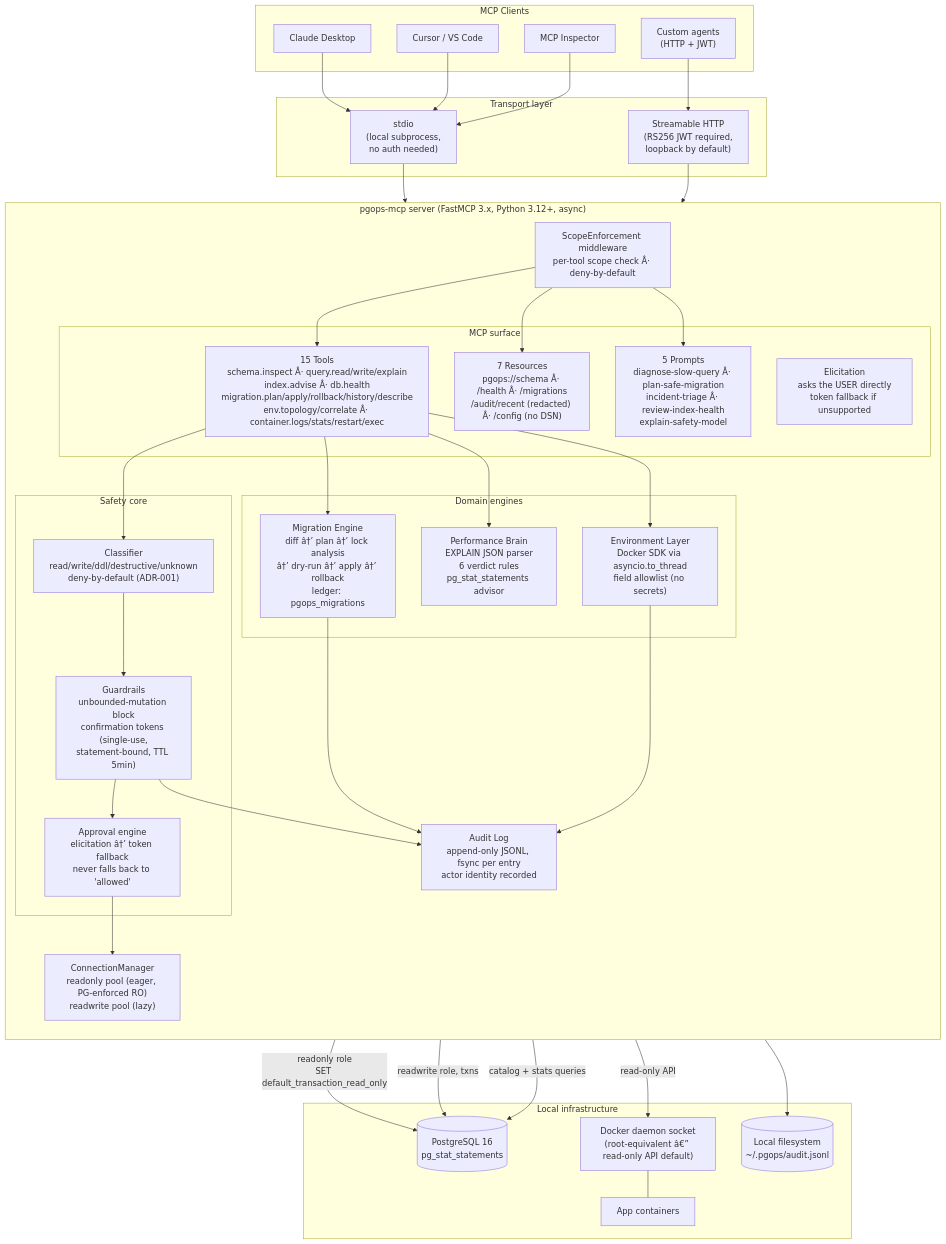
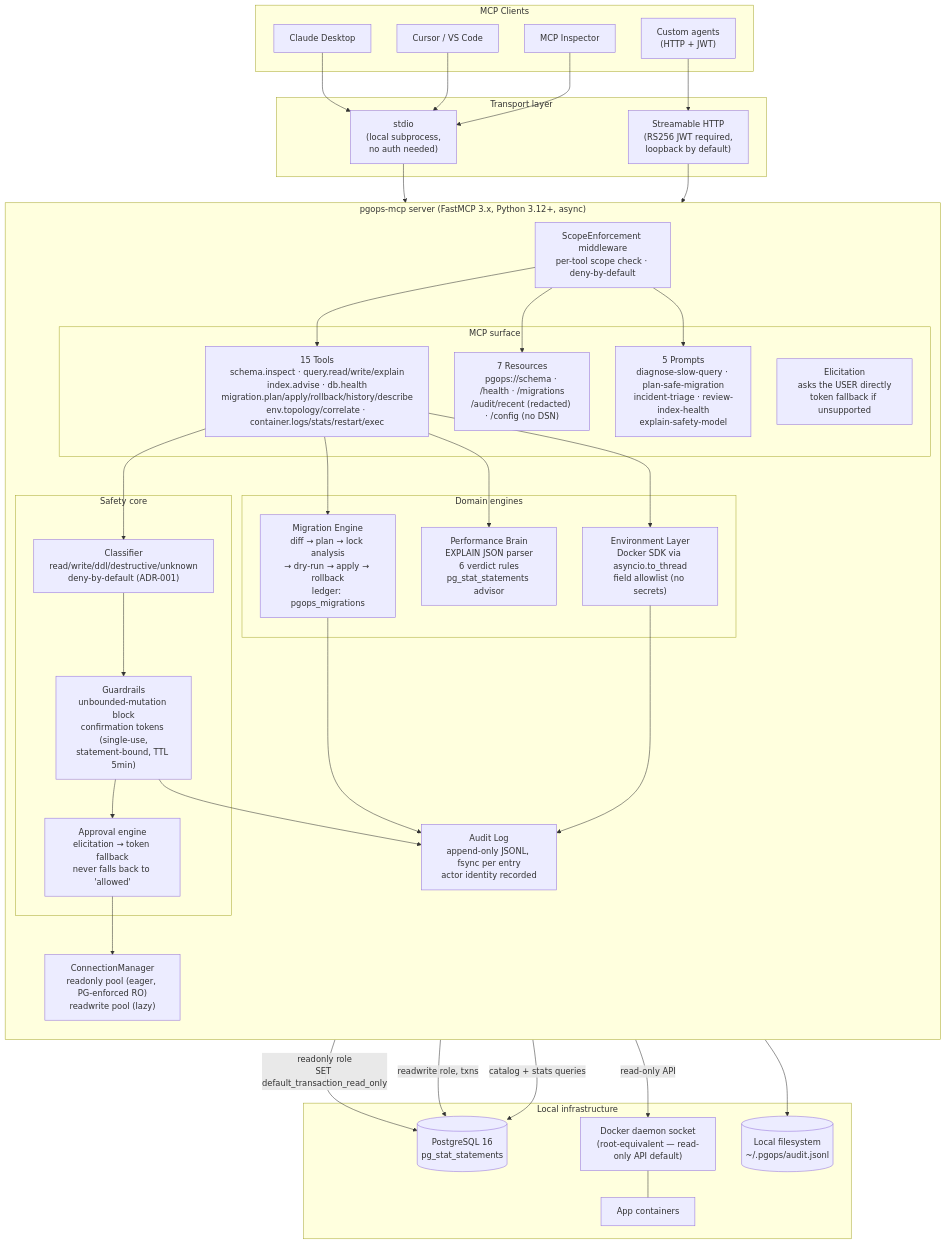
The first of 4 diagrams in internal/SYSTEM_DESIGN.md (arzharch/pgops-mcp), drawn with Mermaid before and after one commit. The commit also changed other lines of this file and 6 other files, not shown here.

````diff
--- a/internal/SYSTEM_DESIGN.md
+++ b/internal/SYSTEM_DESIGN.md
@@ -10,61 +10,61 @@
 ```mermaid
 graph TB
     subgraph Clients["MCP Clients"]
         CD["Claude Desktop"]
         CUR["Cursor / VS Code"]
         INS["MCP Inspector"]
         AG["Custom agents<br/>(HTTP + JWT)"]
     end
 
     subgraph Transport["Transport layer"]
         STDIO["stdio<br/>(local subprocess,<br/>no auth needed)"]
         HTTP["Streamable HTTP<br/>(RS256 JWT required,<br/>loopback by default)"]
     end
 
     subgraph Server["pgops-mcp server (FastMCP 3.x, Python 3.12+, async)"]
         direction TB
-        MW["ScopeEnforcement middleware<br/>per-tool scope check Â· deny-by-default"]
+        MW["ScopeEnforcement middleware<br/>per-tool scope check · deny-by-default"]
 
         subgraph Surface["MCP surface"]
-            TL["15 Tools<br/>schema.inspect Â· query.read/write/explain<br/>index.advise Â· db.health<br/>migration.plan/apply/rollback/history/describe<br/>env.topology/correlate Â· container.logs/stats/restart/exec"]
-            RES["7 Resources<br/>pgops://schema Â· /health Â· /migrations<br/>/audit/recent (redacted) Â· /config (no DSN)"]
-            PRM["5 Prompts<br/>diagnose-slow-query Â· plan-safe-migration<br/>incident-triage Â· review-index-health<br/>explain-safety-model"]
+            TL["15 Tools<br/>schema.inspect · query.read/write/explain<br/>index.advise · db.health<br/>migration.plan/apply/rollback/history/describe<br/>env.topology/correlate · container.logs/stats/restart/exec"]
+            RES["7 Resources<br/>pgops://schema · /health · /migrations<br/>/audit/recent (redacted) · /config (no DSN)"]
+            PRM["5 Prompts<br/>diagnose-slow-query · plan-safe-migration<br/>incident-triage · review-index-health<br/>explain-safety-model"]
             ELI["Elicitation<br/>asks the USER directly<br/>token fallback if unsupported"]
         end
 
         subgraph Safety["Safety core"]
             CL["Classifier<br/>read/write/ddl/destructive/unknown<br/>deny-by-default (ADR-001)"]
             GR["Guardrails<br/>unbounded-mutation block<br/>confirmation tokens (single-use,<br/>statement-bound, TTL 5min)"]
-            APPR["Approval engine<br/>elicitation â†’ token fallback<br/>never falls back to 'allowed'"]
+            APPR["Approval engine<br/>elicitation → token fallback<br/>never falls back to 'allowed'"]
         end
 
         subgraph Engines["Domain engines"]
-            ME["Migration Engine<br/>diff â†’ plan â†’ lock analysis<br/>â†’ dry-run â†’ apply â†’ rollback<br/>ledger: pgops_migrations"]
+            ME["Migration Engine<br/>diff → plan → lock analysis<br/>→ dry-run → apply → rollback<br/>ledger: pgops_migrations"]
             PB["Performance Brain<br/>EXPLAIN JSON parser<br/>6 verdict rules<br/>pg_stat_statements advisor"]
             ENV["Environment Layer<br/>Docker SDK via asyncio.to_thread<br/>field allowlist (no secrets)"]
         end
 
         CM["ConnectionManager<br/>readonly pool (eager, PG-enforced RO)<br/>readwrite pool (lazy)"]
         AU["Audit Log<br/>append-only JSONL, fsync per entry<br/>actor identity recorded"]
     end
 
     subgraph Infra["Local infrastructure"]
         PG[("PostgreSQL 16<br/>pg_stat_statements")]
-        DK["Docker daemon socket<br/>(root-equivalent â€” read-only API default)"]
+        DK["Docker daemon socket<br/>(root-equivalent — read-only API default)"]
         APP["App containers"]
         FS[("Local filesystem<br/>~/.pgops/audit.jsonl")]
     end
 
     CD & CUR & INS --> STDIO --> MW
     AG --> HTTP --> MW
     MW --> TL & RES & PRM
     TL --> CL --> GR --> APPR
     APPR --> CM
     TL --> ME & PB & ENV
     GR & ME & ENV --> AU --> FS
     CM -->|"readonly role<br/>SET default_transaction_read_only"| PG
     ME -->|"readwrite role, txns"| PG
     PB -->|"catalog + stats queries"| PG
     ENV -->|"read-only API"| DK
     DK --- APP
 ```
````
